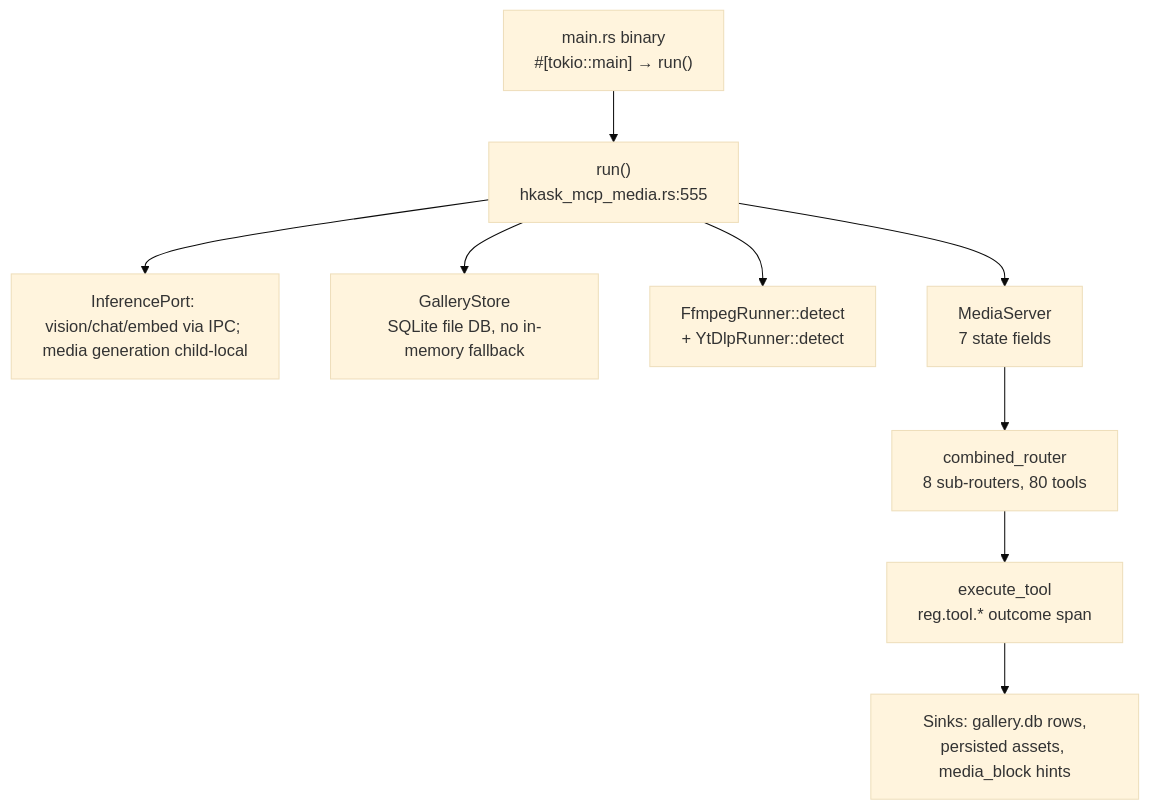
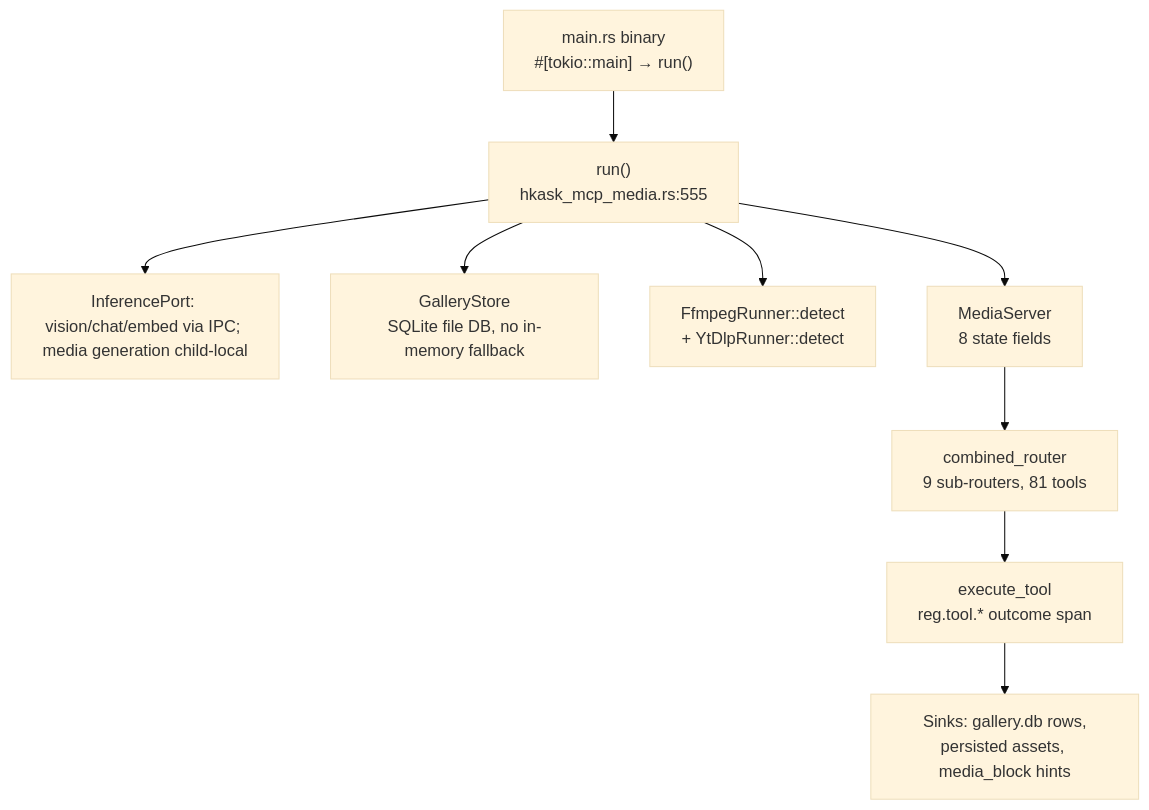
One commit to mdz-axo/zed-kask changed the diagram in kask/docs/reference/mcp-servers/media.md. Above: the diagram before and after it, drawn with Mermaid (base theme). The commit also changed other lines of this file and 26 other files, not shown here.

````diff
--- a/kask/docs/reference/mcp-servers/media.md
+++ b/kask/docs/reference/mcp-servers/media.md
@@ -24,21 +24,21 @@
 ```mermaid
 flowchart TD
     binary["main.rs binary<br/>#[tokio::main] → run()"]
     run["run()<br/>hkask_mcp_media.rs:555"]
     port["InferencePort: vision/chat/embed via IPC; media generation child-local"]
     db["GalleryStore<br/>SQLite file DB, no in-memory fallback"]
     ffmpeg["FfmpegRunner::detect<br/>+ YtDlpRunner::detect"]
-    server["MediaServer<br/>7 state fields"]
-    router["combined_router<br/>8 sub-routers, 80 tools"]
+    server["MediaServer<br/>8 state fields"]
+    router["combined_router<br/>9 sub-routers, 81 tools"]
     dispatch["execute_tool<br/>reg.tool.* outcome span"]
     sinks["Sinks: gallery.db rows,<br/>persisted assets, media_block hints"]
 
     binary --> run
     run --> port
     run --> db
     run --> ffmpeg
     run --> server
     server --> router
     router --> dispatch
     dispatch --> sinks
 ```
````
